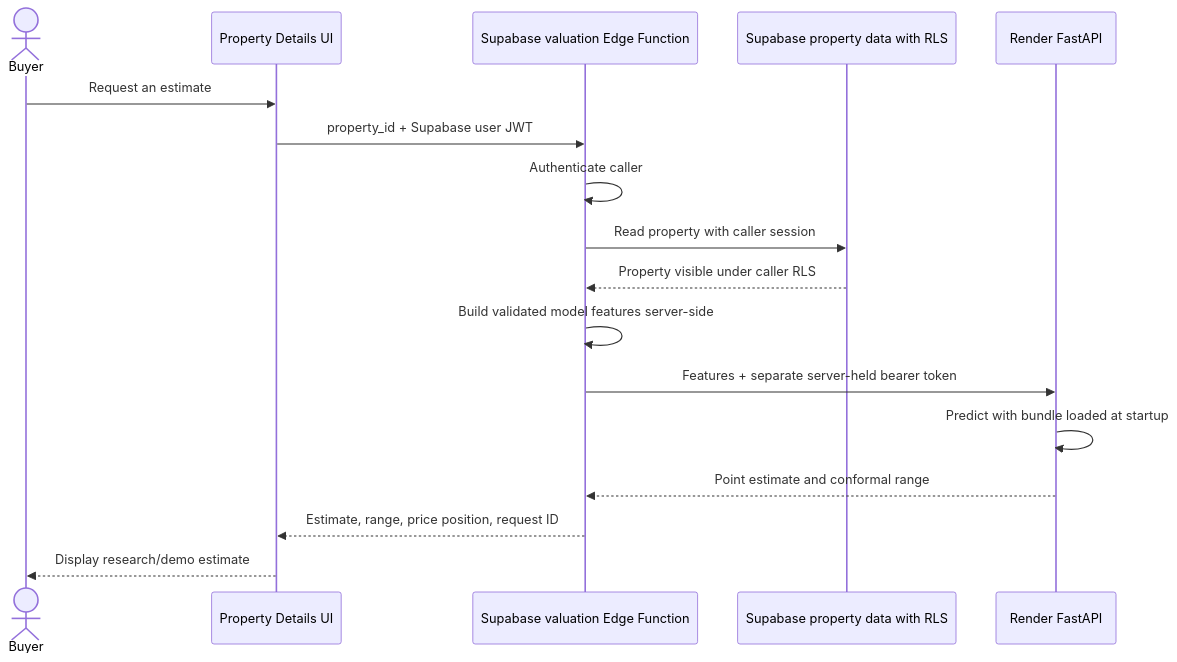
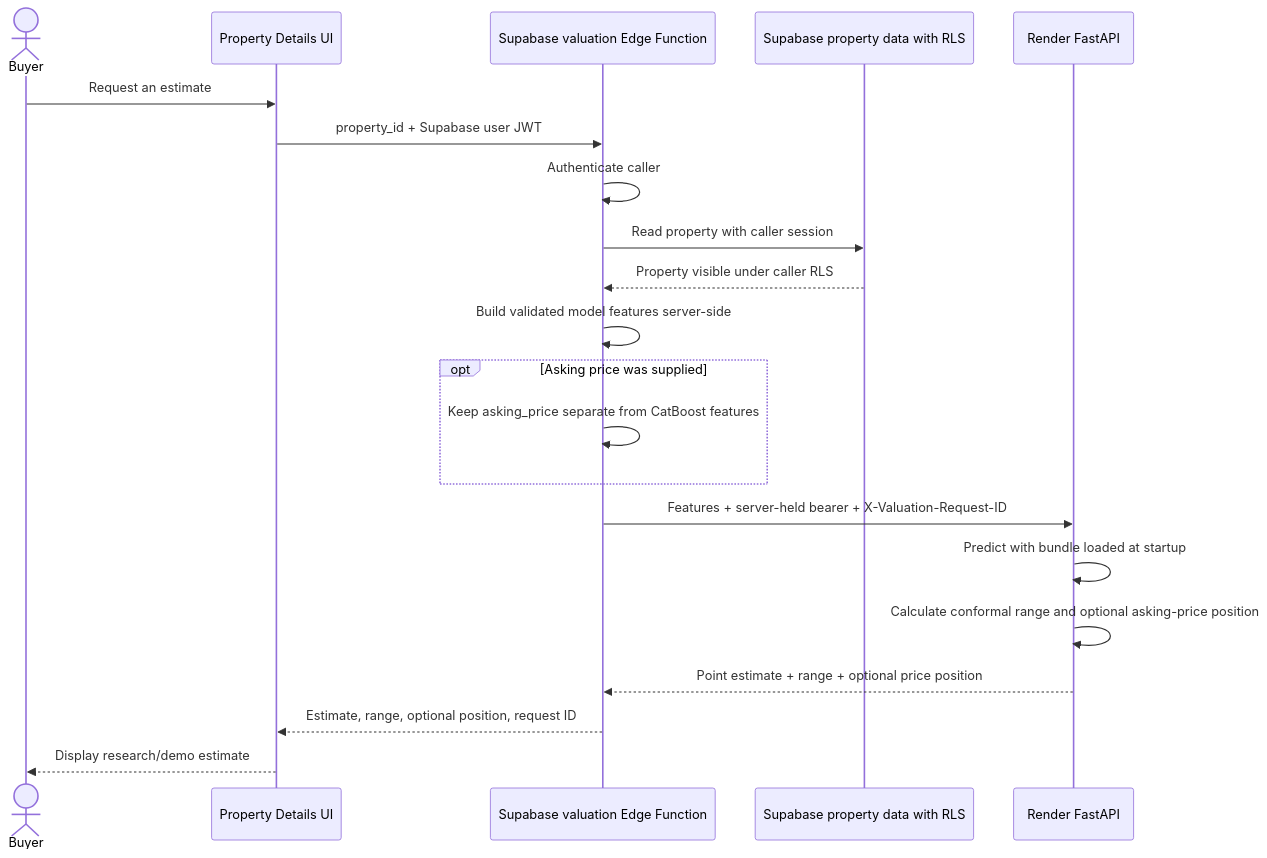
One commit to Nitecry7/SC3040-Software-Engineering-Project changed the second of 2 diagrams in SGHomie/BackEnd/supabase/README.md. Above: the diagram before and after it, drawn with Mermaid. The commit also changed other lines of this file and 8 other files, not shown here.

Commit message:
Updated README.md with Mermaid Charts

````diff
--- a/SGHomie/BackEnd/supabase/README.md
+++ b/SGHomie/BackEnd/supabase/README.md
@@ -160,19 +180,23 @@
 ```mermaid
 sequenceDiagram
     actor Buyer
     participant UI as Property Details UI
     participant Edge as Supabase valuation Edge Function
     participant DB as Supabase property data with RLS
     participant API as Render FastAPI
     Buyer->>UI: Request an estimate
     UI->>Edge: property_id + Supabase user JWT
     Edge->>Edge: Authenticate caller
     Edge->>DB: Read property with caller session
     DB-->>Edge: Property visible under caller RLS
     Edge->>Edge: Build validated model features server-side
-    Edge->>API: Features + separate server-held bearer token
+    opt Asking price was supplied
+        Edge->>Edge: Keep asking_price separate from CatBoost features
+    end
+    Edge->>API: Features + server-held bearer + X-Valuation-Request-ID
     API->>API: Predict with bundle loaded at startup
-    API-->>Edge: Point estimate and conformal range
-    Edge-->>UI: Estimate, range, price position, request ID
+    API->>API: Calculate conformal range and optional asking-price position
+    API-->>Edge: Point estimate + range + optional price position
+    Edge-->>UI: Estimate, range, optional position, request ID
     UI-->>Buyer: Display research/demo estimate
 ```
````
